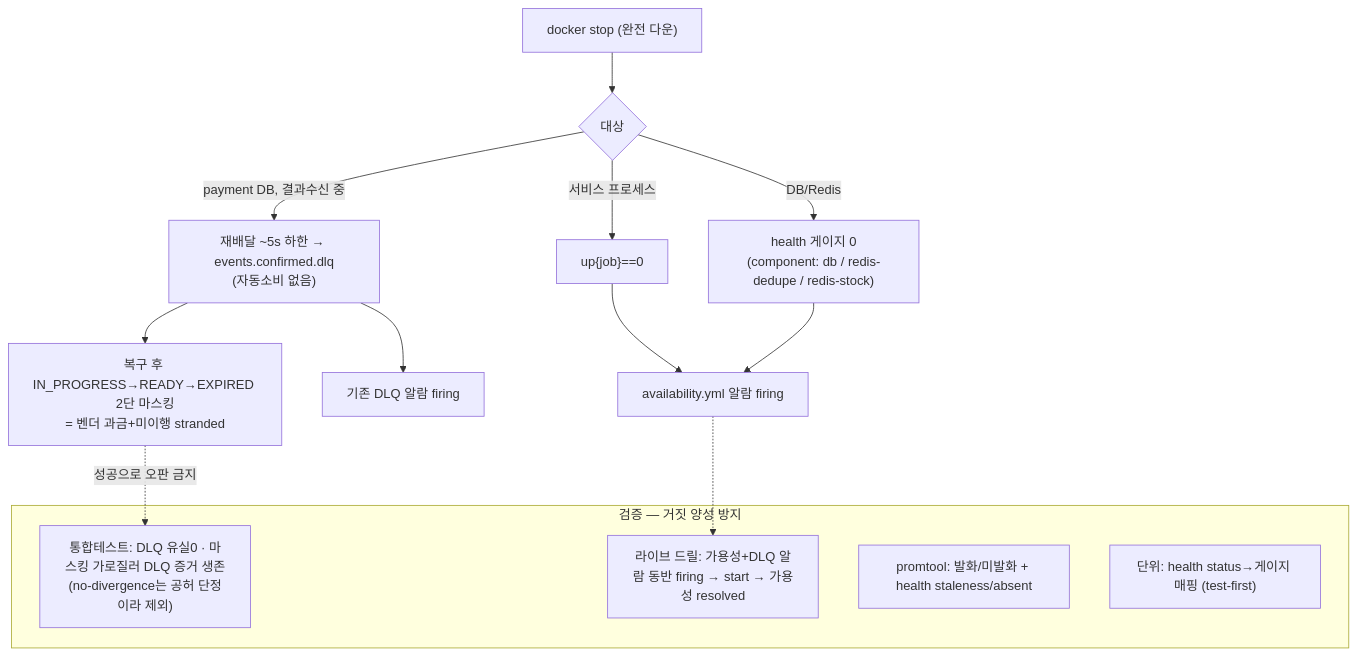
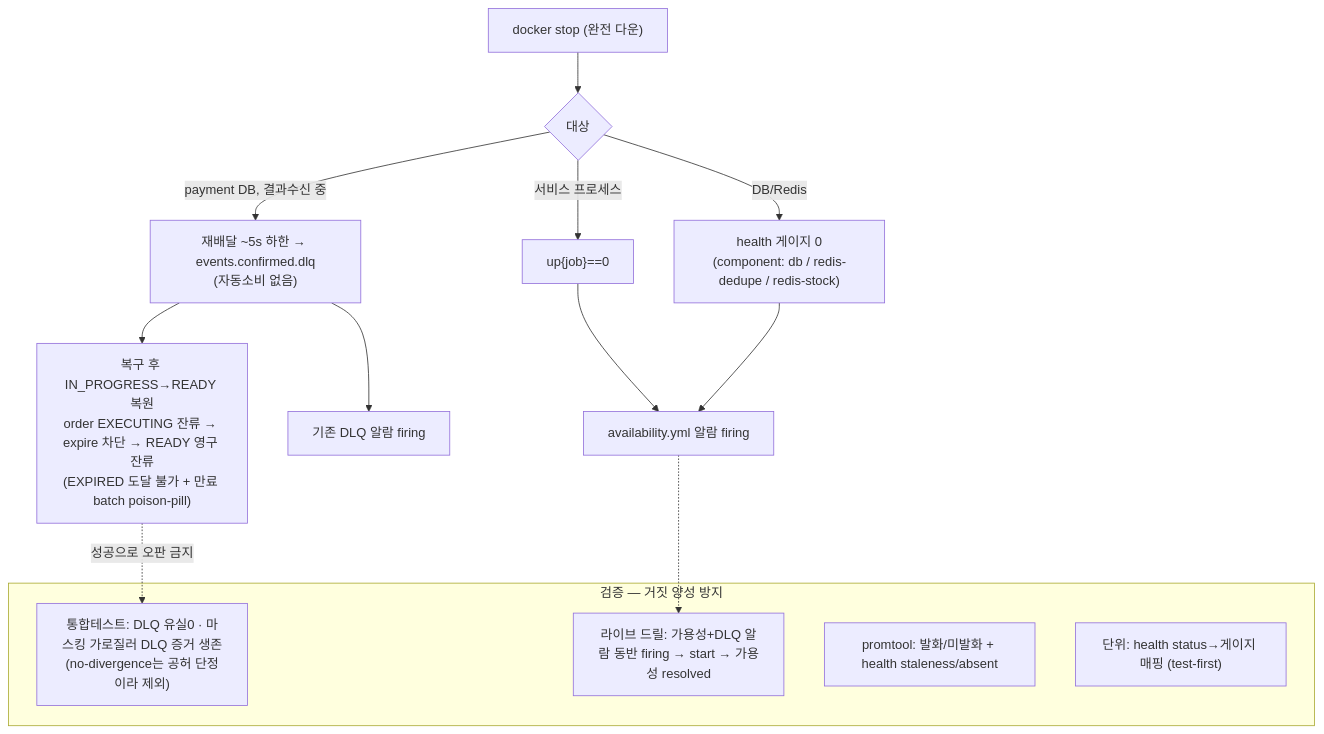
The second of 2 diagrams in docs/topics/FAULT-INJECTION-RESILIENCE.md (hyoguoo/payment-platform), drawn with Mermaid before and after one commit. The commit also changed other lines of this file and 3 other files, not shown here.

First line of the commit message:
docs: Task 6 EXPIRED 마스킹 전제 정정 + CONCERNS L-14 등재

````diff
--- a/docs/topics/FAULT-INJECTION-RESILIENCE.md
+++ b/docs/topics/FAULT-INJECTION-RESILIENCE.md
@@ -71,21 +71,21 @@
 ```mermaid
 flowchart TD
     STOP["docker stop (완전 다운)"] --> K{대상}
     K -->|서비스 프로세스| UP["up{job}==0"]
     K -->|DB/Redis| HB["health 게이지 0<br/>(component: db / redis-dedupe / redis-stock)"]
     UP --> AV["availability.yml 알람 firing"]
     HB --> AV
 
     K -->|"payment DB, 결과수신 중"| DLQ["재배달 ~5s 하한 → events.confirmed.dlq<br/>(자동소비 없음)"]
     DLQ --> DQA["기존 DLQ 알람 firing"]
-    DLQ --> MASK["복구 후 IN_PROGRESS→READY→EXPIRED 2단 마스킹<br/>= 벤더 과금+미이행 stranded"]
+    DLQ --> MASK["복구 후 IN_PROGRESS→READY 복원<br/>order EXECUTING 잔류 → expire 차단 → READY 영구 잔류<br/>(EXPIRED 도달 불가 + 만료 batch poison-pill)"]
 
     subgraph verify["검증 — 거짓 양성 방지"]
         IT["통합테스트: DLQ 유실0 · 마스킹 가로질러 DLQ 증거 생존<br/>(no-divergence는 공허 단정이라 제외)"]
         DR["라이브 드릴: 가용성+DLQ 알람 동반 firing → start → 가용성 resolved"]
         PT["promtool: 발화/미발화 + health staleness/absent"]
         UT["단위: health status→게이지 매핑 (test-first)"]
     end
     MASK -.->|성공으로 오판 금지| IT
     AV -.-> DR
 ```
````
